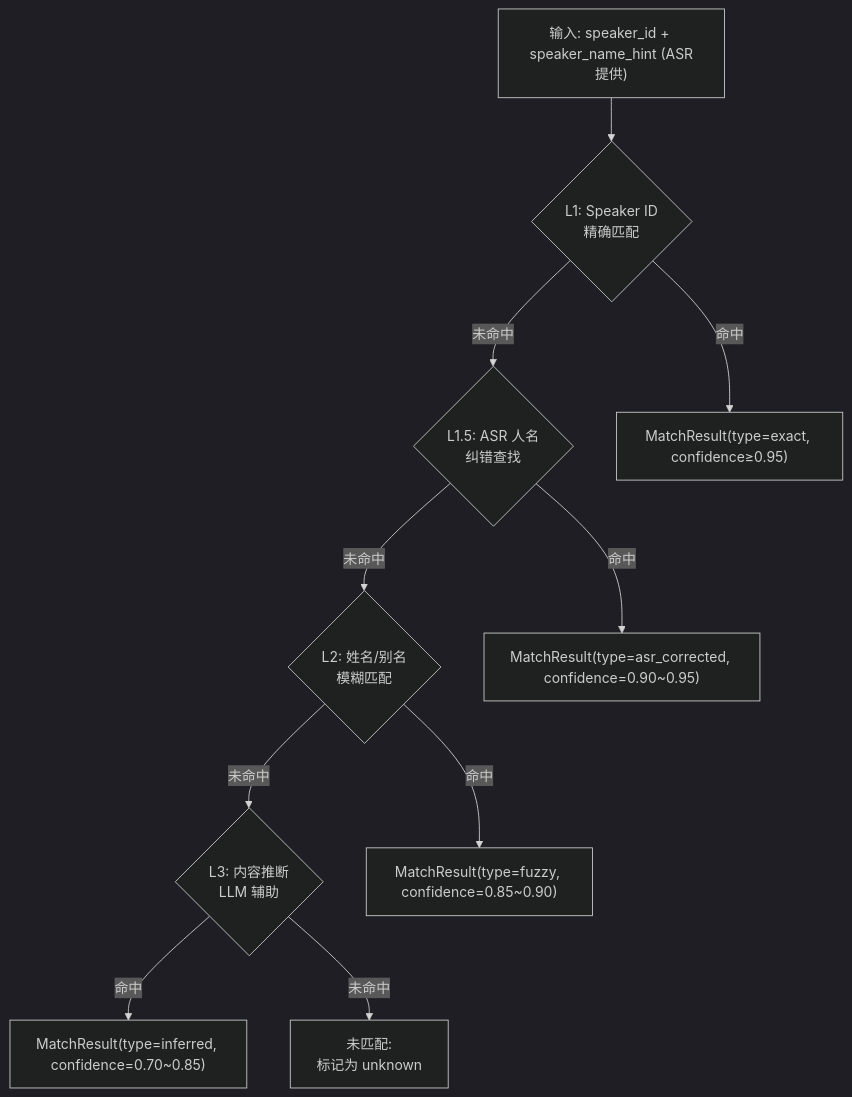
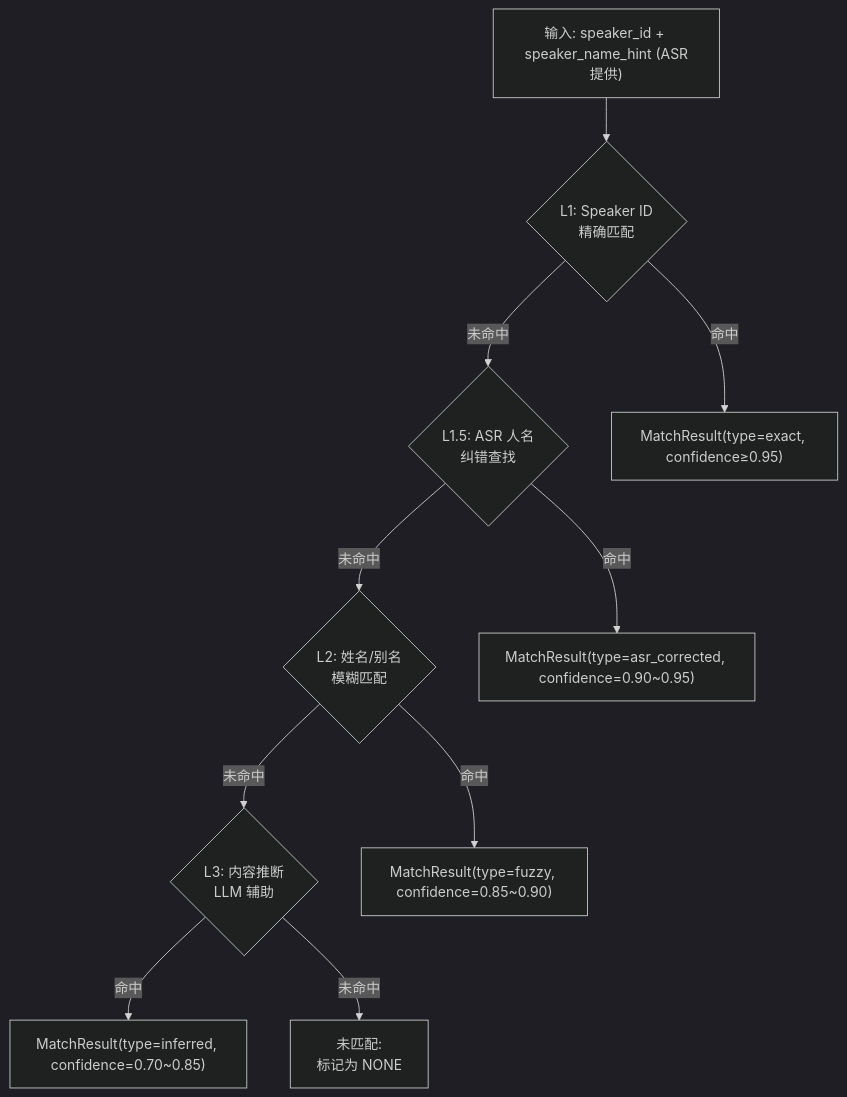
Before and after one commit to SherlockHao/summary-pipeline: the third of 8 diagrams in docs/sections/arch_module6_config.md, drawn with Mermaid (dark theme). The commit also changed other lines of this file and 8 other files, not shown here.

````diff
--- a/docs/sections/arch_module6_config.md
+++ b/docs/sections/arch_module6_config.md
@@ -586,19 +636,19 @@
 ```mermaid
 flowchart TD
     INPUT["输入: speaker_id + speaker_name_hint (ASR提供)"]
     L1{"L1: Speaker ID<br/>精确匹配"}
     L15{"L1.5: ASR 人名<br/>纠错查找"}
     L2{"L2: 姓名/别名<br/>模糊匹配"}
     L3{"L3: 内容推断<br/>LLM 辅助"}
-    MISS["未匹配:<br/>标记为 unknown"]
+    MISS["未匹配:<br/>标记为 NONE"]
 
     INPUT --> L1
     L1 -->|命中| R1["MatchResult(type=exact, confidence≥0.95)"]
     L1 -->|未命中| L15
     L15 -->|命中| R15["MatchResult(type=asr_corrected, confidence=0.90~0.95)"]
     L15 -->|未命中| L2
     L2 -->|命中| R2["MatchResult(type=fuzzy, confidence=0.85~0.90)"]
     L2 -->|未命中| L3
     L3 -->|命中| R3["MatchResult(type=inferred, confidence=0.70~0.85)"]
     L3 -->|未命中| MISS
 ```
````
